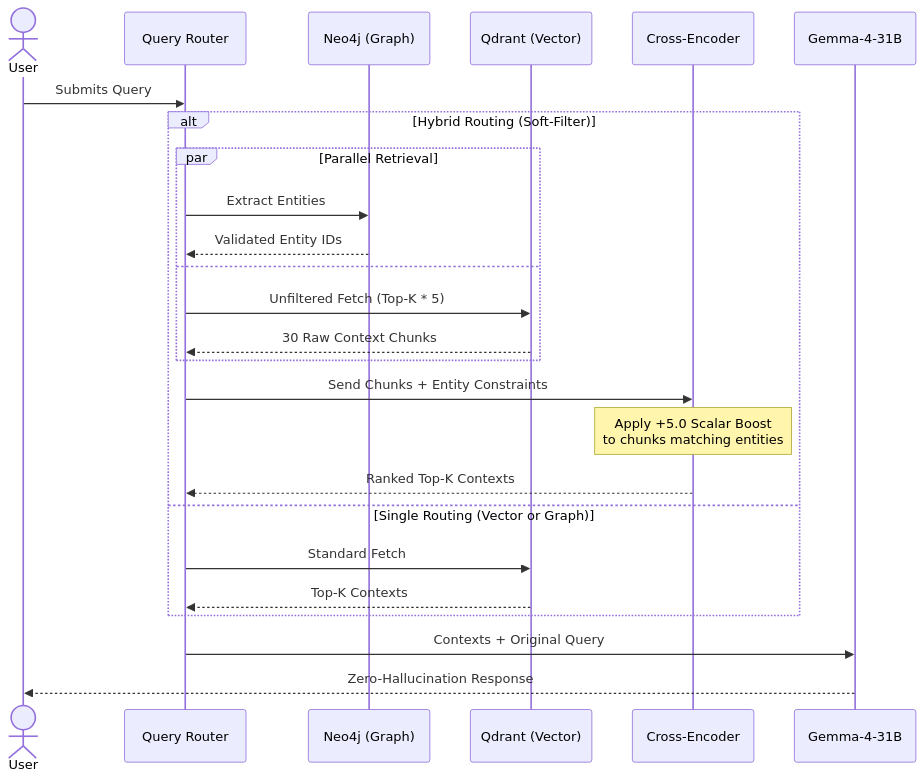
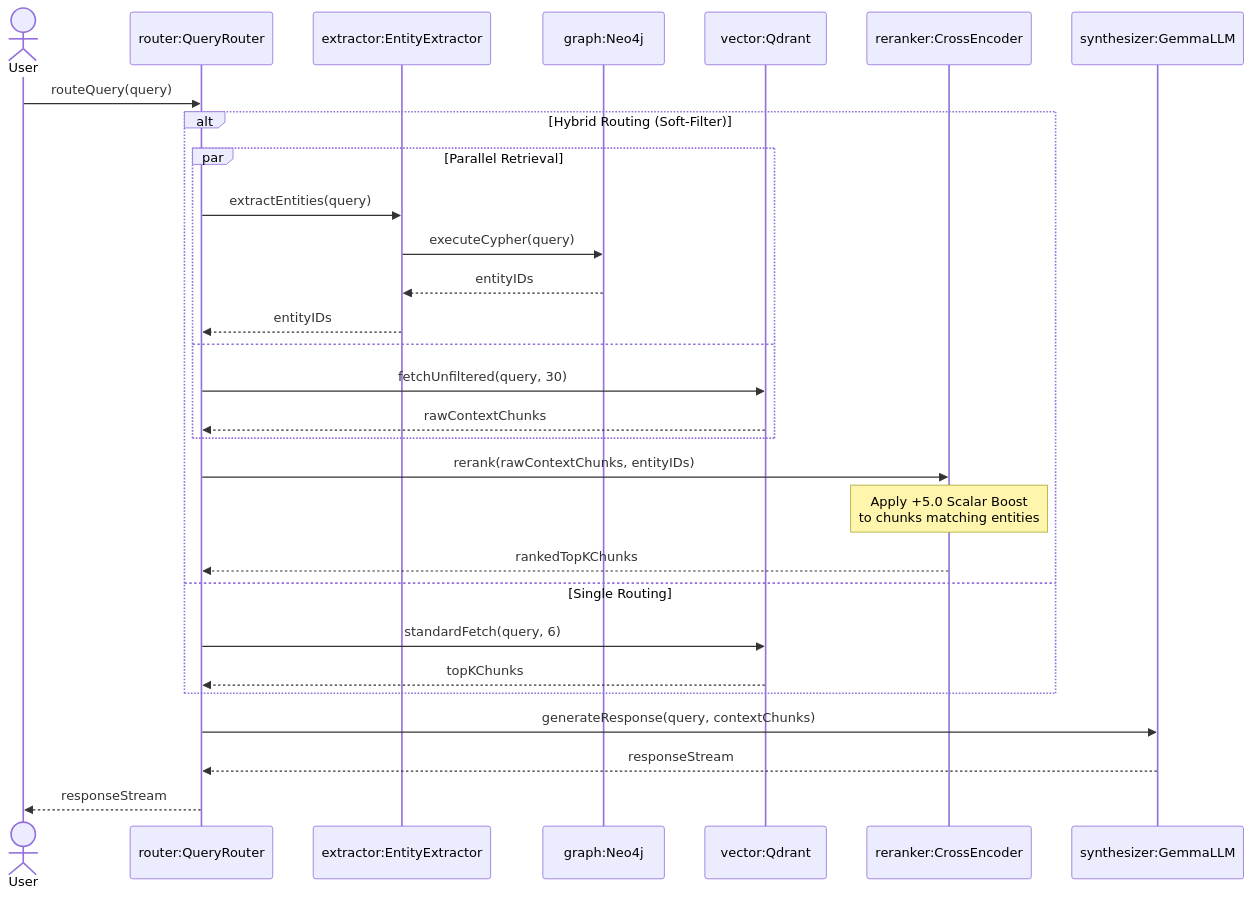
The first of 2 diagrams in README.md (dvydinh/domain-specific-multimodal-RAG-system), drawn with Mermaid before and after one commit.

Commit message:
docs: strictly adhere to uml sequence diagram syntax for methods and objects

````diff
--- a/README.md
+++ b/README.md
@@ -26,32 +26,36 @@
 ```mermaid
 sequenceDiagram
     actor User
-    participant Router as Query Router
-    participant Graph as Neo4j (Graph)
-    participant Vector as Qdrant (Vector)
-    participant Reranker as Cross-Encoder
-    participant LLM as Gemma-4-31B
+    participant router as router:QueryRouter
+    participant extractor as extractor:EntityExtractor
+    participant graph as graph:Neo4j
+    participant vector as vector:Qdrant
+    participant reranker as reranker:CrossEncoder
+    participant llm as synthesizer:GemmaLLM
 
-    User->>Router: Submits Query
+    User->>router: routeQuery(query)
     
     alt Hybrid Routing (Soft-Filter)
         par Parallel Retrieval
-            Router->>Graph: Extract Entities
-            Graph-->>Router: Validated Entity IDs
+            router->>extractor: extractEntities(query)
+            extractor->>graph: executeCypher(query)
+            graph-->>extractor: entityIDs
+            extractor-->>router: entityIDs
         and
-            Router->>Vector: Unfiltered Fetch (Top-K * 5)
-            Vector-->>Router: 30 Raw Context Chunks
+            router->>vector: fetchUnfiltered(query, 30)
+            vector-->>router: rawContextChunks
         end
         
-        Router->>Reranker: Send Chunks + Entity Constraints
-        Note over Reranker: Apply +5.0 Scalar Boost<br/>to chunks matching entities
-        Reranker-->>Router: Ranked Top-K Contexts
+        router->>reranker: rerank(rawContextChunks, entityIDs)
+        Note over reranker: Apply +5.0 Scalar Boost<br/>to chunks matching entities
+        reranker-->>router: rankedTopKChunks
         
-    else Single Routing (Vector or Graph)
-        Router->>Vector: Standard Fetch
-        Vector-->>Router: Top-K Contexts
+    else Single Routing
+        router->>vector: standardFetch(query, 6)
+        vector-->>router: topKChunks
     end
 
-    Router->>LLM: Contexts + Original Query
-    LLM-->>User: Zero-Hallucination Response
+    router->>llm: generateResponse(query, contextChunks)
+    llm-->>router: responseStream
+    router-->>User: responseStream
 ```
````
